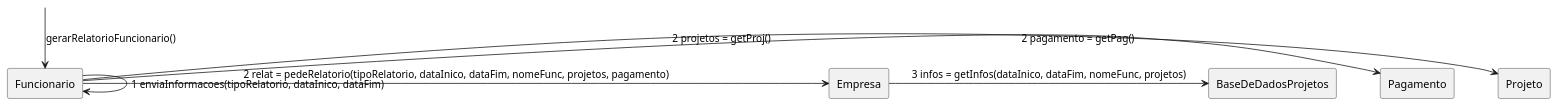
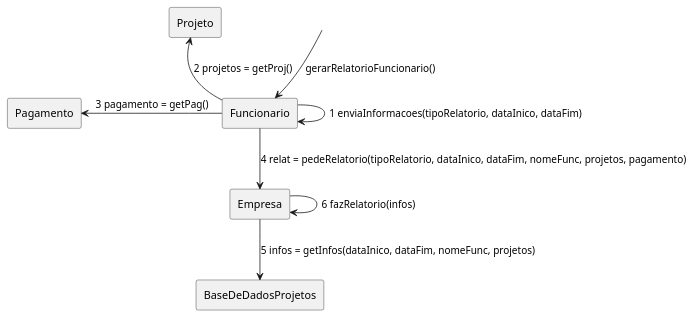
One commit to tikaradate/CI1163-Design_de_Software changed the diagram in casos_de_uso/caso-3/3-DCom.plantuml. Above: the diagram before and after it, drawn with PlantUML. The commit also changed 1 other file, not shown here.

```diff
--- a/casos_de_uso/caso-3/3-DCom.plantuml
+++ b/casos_de_uso/caso-3/3-DCom.plantuml
@@ -1,21 +1,22 @@
 @startuml
 'rectangle "Gerente" as gerente
 'rectangle "FolhaDePagamento" as folha
 rectangle "Pagamento" as pagamento
 rectangle "Funcionario" as funcionario
 rectangle "Empresa" as empresa
 'rectangle "ListaDeFuncionarios" as lista
 'rectangle "Venda" as venda
 'rectangle "Ponto" as ponto
 rectangle "BaseDeDadosProjetos" as base
 rectangle "Projeto" as projeto
 label " " as ini
 
 ini -down-> funcionario     : gerarRelatorioFuncionario()
 funcionario -> funcionario  : 1 enviaInformacoes(tipoRelatorio, dataInico, dataFim)
-funcionario -> projeto      : 2 projetos = getProj()
-funcionario -> pagamento    : 2 pagamento = getPag()
-funcionario -> empresa      : 2 relat = pedeRelatorio(tipoRelatorio, dataInico, dataFim, nomeFunc, projetos, pagamento)
-empresa -> base             : 3 infos = getInfos(dataInico, dataFim, nomeFunc, projetos)
+funcionario -up-> projeto      : 2 projetos = getProj()
+funcionario -left-> pagamento    : 3 pagamento = getPag()
+funcionario -down-> empresa      : 4 relat = pedeRelatorio(tipoRelatorio, dataInico, dataFim, nomeFunc, projetos, pagamento)
+empresa -down-> base             : 5 infos = getInfos(dataInico, dataFim, nomeFunc, projetos)
+empresa -> empresa          : 6 fazRelatorio(infos)
 
 @enduml
```
